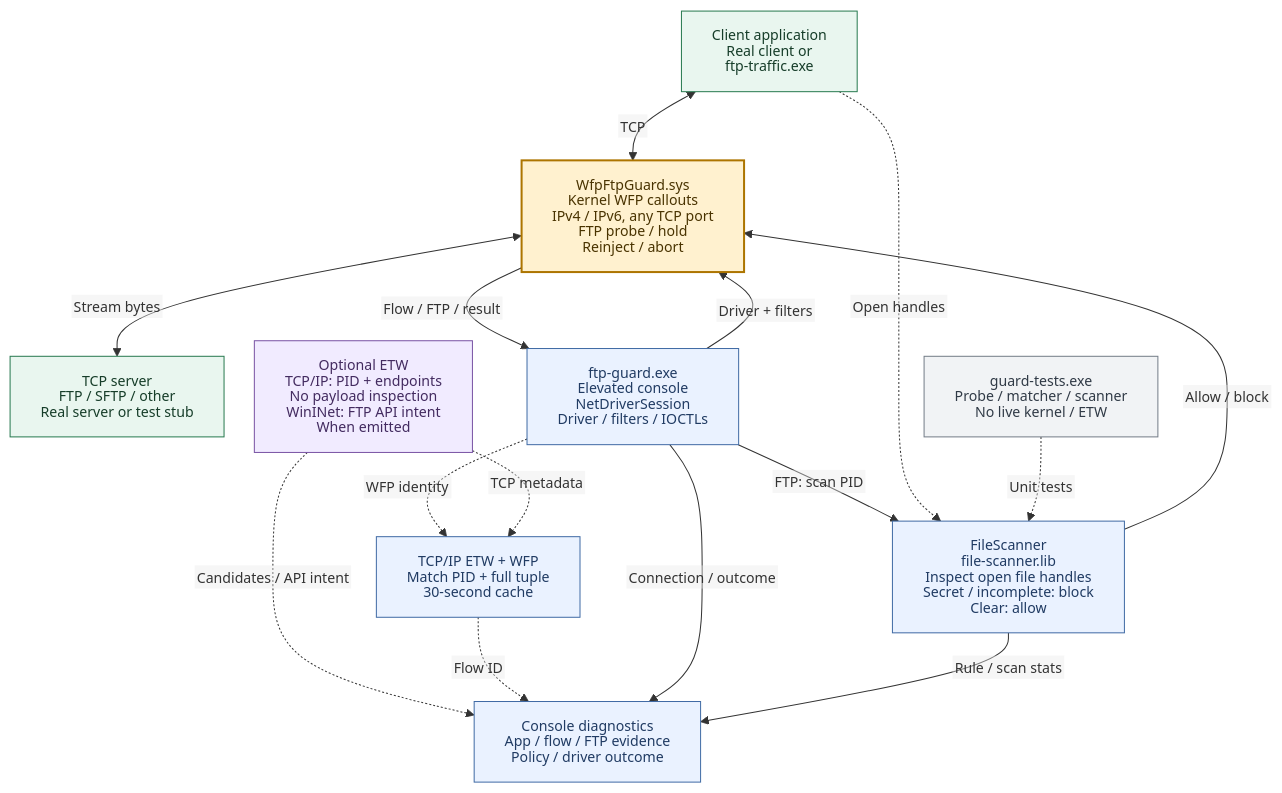
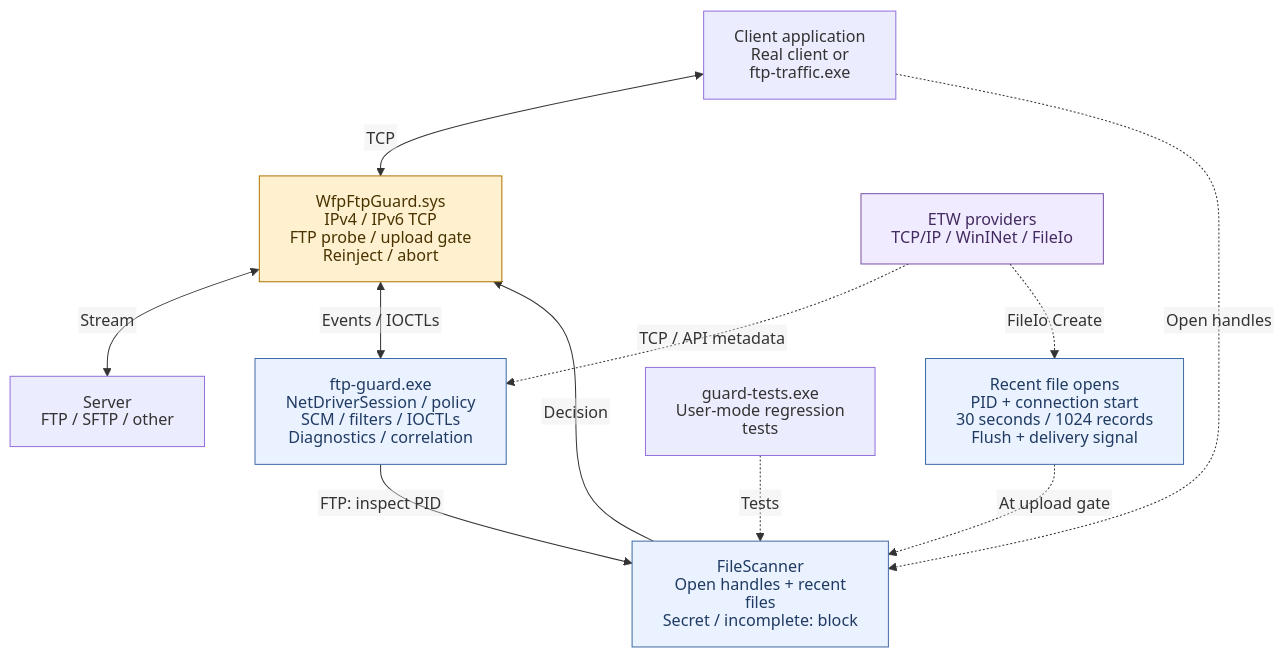
One commit to cdunarea/cloudsec-wfp-ftp-guard-poc changed the diagram in README.md. Above: the diagram before and after it, drawn with Mermaid. The commit also changed other lines of this file and 6 other files, not shown here.

````diff
--- a/README.md
+++ b/README.md
@@ -19,50 +27,34 @@
 ```mermaid
 ---
 config:
   htmlLabels: false
   fontFamily: Arial, sans-serif
-  themeVariables:
-    fontSize: 14px
   flowchart:
     htmlLabels: false
     useMaxWidth: true
-    nodeSpacing: 30
-    rankSpacing: 45
 ---
 flowchart TB
-    App["Client application<br/>Real client or<br/>ftp-traffic.exe"]
-    Driver["WfpFtpGuard.sys<br/>Kernel WFP callouts<br/>IPv4 / IPv6, any TCP port<br/>FTP probe / hold<br/>Reinject / abort"]
-    Peer["TCP server<br/>FTP / SFTP / other<br/>Real server or test stub"]
-    Console["ftp-guard.exe<br/>Elevated console<br/>NetDriverSession<br/>Driver / filters / IOCTLs"]
-    Scan["FileScanner<br/>file-scanner.lib<br/>Inspect open file handles<br/>Secret / incomplete: block<br/>Clear: allow"]
-    ETW["Optional ETW<br/>TCP/IP: PID + endpoints<br/>No payload inspection<br/>WinINet: FTP API intent<br/>When emitted"]
-    Join["TCP/IP ETW + WFP<br/>Match PID + full tuple<br/>30-second cache"]
-    Log["Console diagnostics<br/>App / flow / FTP evidence<br/>Policy / driver outcome"]
-    Tests["guard-tests.exe<br/>Probe / matcher / scanner<br/>No live kernel / ETW"]
-
+    App["Client application<br/>Real client or ftp-traffic.exe"]
+    Driver["WfpFtpGuard.sys<br/>IPv4 / IPv6 TCP<br/>FTP probe / upload gate<br/>Reinject / abort"]
+    Peer["Server<br/>FTP / SFTP / other"]
+    Console["ftp-guard.exe<br/>NetDriverSession / policy<br/>SCM / filters / IOCTLs<br/>Diagnostics / correlation"]
+    Scan["FileScanner<br/>Open handles + recent files<br/>Secret / incomplete: block"]
+    ETW["ETW providers<br/>TCP/IP / WinINet / FileIo"]
+    History["Recent file opens<br/>PID + connection start<br/>30 seconds / 1024 records<br/>Flush + delivery signal"]
+    Tests["guard-tests.exe<br/>User-mode regression tests"]
     App <-->|"TCP"| Driver
-    Driver <-->|"Stream bytes"| Peer
-    Driver -->|"Flow / FTP / result"| Console
-    Console -->|"Driver + filters"| Driver
-    Console -->|"FTP: scan PID"| Scan
+    Driver <-->|"Stream"| Peer
+    Driver <-->|"Events / IOCTLs"| Console
+    Console -->|"FTP: inspect PID"| Scan
     App -. "Open handles" .-> Scan
-    Scan -->|"Allow / block"| Driver
-    Console -. "WFP identity" .-> Join
-    ETW -. "TCP metadata" .-> Join
-    ETW -. "Candidates / API intent" .-> Log
-    Join -. "Flow ID" .-> Log
-    Console -->|"Connection / outcome"| Log
-    Scan -->|"Rule / scan stats"| Log
-    Tests -. "Unit tests" .-> Scan
-
-    classDef traffic fill:#e9f6ef,stroke:#287a50,color:#163d29;
-    classDef kernel fill:#fff1cf,stroke:#ad7500,color:#493300,stroke-width:2px;
-    classDef console fill:#eaf2ff,stroke:#416ba5,color:#203b63;
-    classDef telemetry fill:#f1ebff,stroke:#7953a4,color:#432b60;
-    classDef tests fill:#f1f3f5,stroke:#747d88,color:#303a46;
-    class App,Peer traffic;
-    class Driver kernel;
-    class Console,Scan,Join,Log console;
-    class ETW telemetry;
-    class Tests tests;
+    Scan -->|"Decision"| Driver
+    ETW -. "TCP / API metadata" .-> Console
+    ETW -. "FileIo Create" .-> History
+    History -. "At upload gate" .-> Scan
+    Tests -. "Tests" .-> Scan
+    style Driver fill:#fff1cf,stroke:#ad7500,color:#493300
+    style ETW fill:#f1ebff,stroke:#7953a4,color:#432b60
+    style Console fill:#eaf2ff,stroke:#416ba5,color:#203b63
+    style Scan fill:#eaf2ff,stroke:#416ba5,color:#203b63
+    style History fill:#eaf2ff,stroke:#416ba5,color:#203b63
 ```
````
